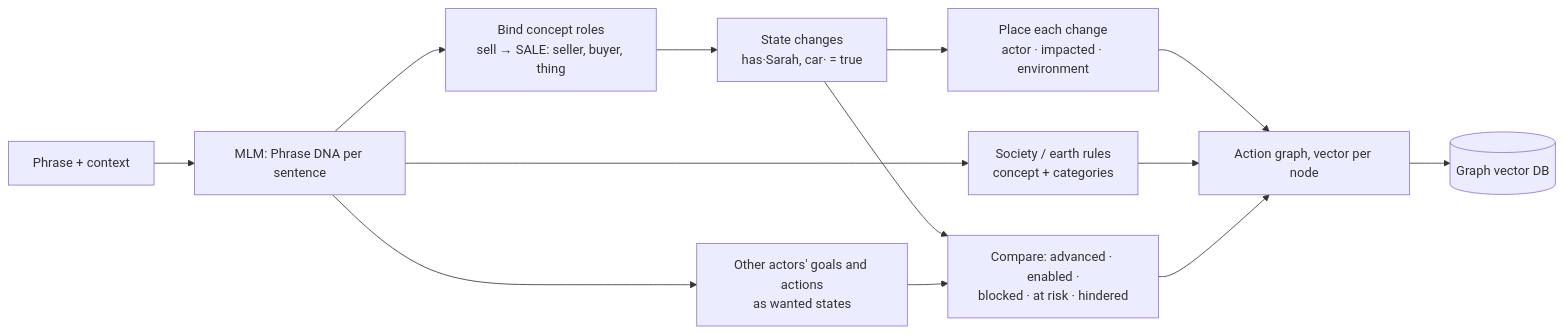
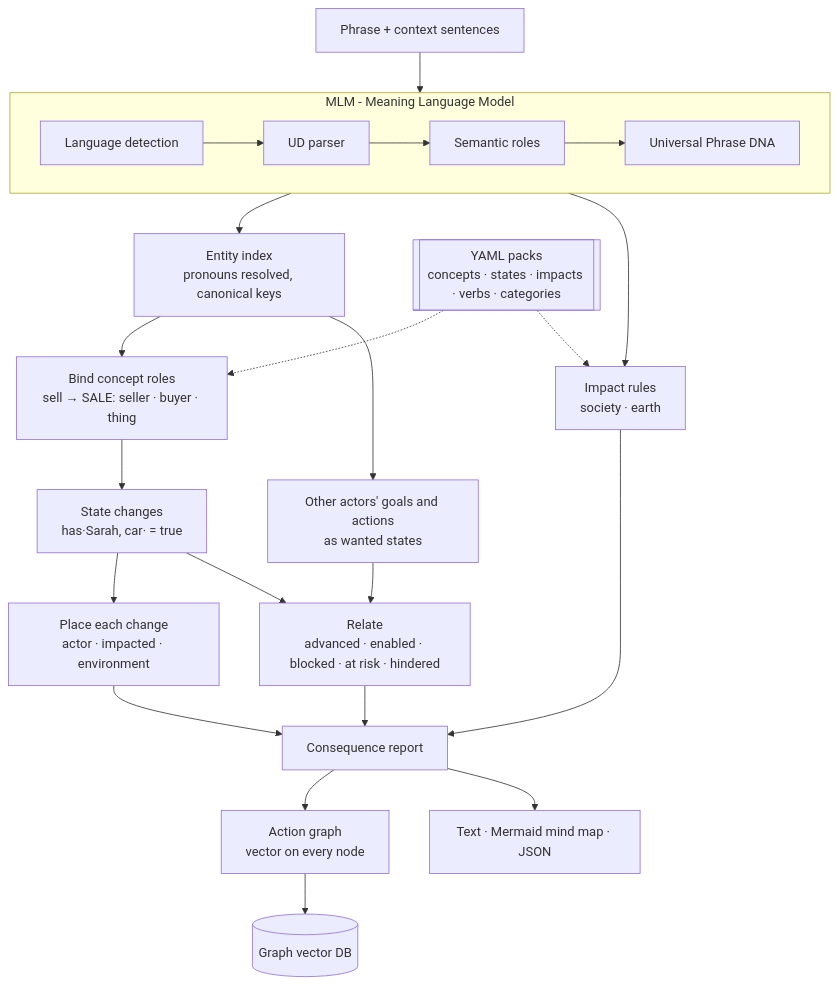
Before and after one commit to Sherlock2019/ACM: the second of 11 diagrams in README.md, drawn with Mermaid. The commit also changed other lines of this file and 26 other files, not shown here.

Commit message:
Rename to ACM - Actions Consequential Model; README with full diagrams

````diff
--- a/README.md
+++ b/README.md
@@ -96,15 +143,28 @@
 ```mermaid
-flowchart LR
-  T[Phrase + context] --> MLM[MLM: Phrase DNA per sentence]
-  MLM --> B[Bind concept roles<br/>sell → SALE: seller, buyer, thing]
-  B --> S[State changes<br/>has·Sarah, car· = true]
-  S --> P[Place each change<br/>actor · impacted · environment]
-  MLM --> I[Society / earth rules<br/>concept + categories]
-  MLM --> G[Other actors' goals and actions<br/>as wanted states]
-  S --> R[Compare: advanced · enabled ·<br/>blocked · at risk · hindered]
-  G --> R
-  P --> V[Action graph, vector per node]
-  I --> V
-  R --> V
-  V --> DB[(Graph vector DB)]
+flowchart TD
+  IN[Phrase + context sentences] --> MLM
+
+  subgraph MLM["MLM - Meaning Language Model"]
+    direction LR
+    LD[Language detection] --> PAR[UD parser] --> SR[Semantic roles] --> DNA[Universal Phrase DNA]
+  end
+
+  DNA --> ENT[Entity index<br/>pronouns resolved, canonical keys]
+  ENT --> BIND[Bind concept roles<br/>sell → SALE: seller · buyer · thing]
+  BIND --> FACTS[State changes<br/>has·Sarah, car· = true]
+  FACTS --> PLACE[Place each change<br/>actor · impacted · environment]
+  DNA --> IMP[Impact rules<br/>society · earth]
+  ENT --> INT[Other actors' goals and actions<br/>as wanted states]
+  FACTS --> REL[Relate<br/>advanced · enabled · blocked · at risk · hindered]
+  INT --> REL
+
+  PLACE --> REP[Consequence report]
+  IMP --> REP
+  REL --> REP
+  REP --> GRAPH[Action graph<br/>vector on every node]
+  GRAPH --> DB[(Graph vector DB)]
+  REP --> OUT[Text · Mermaid mind map · JSON]
+
+  PACKS[[YAML packs<br/>concepts · states · impacts · verbs · categories]] -.-> BIND
+  PACKS -.-> IMP
 ```
````
